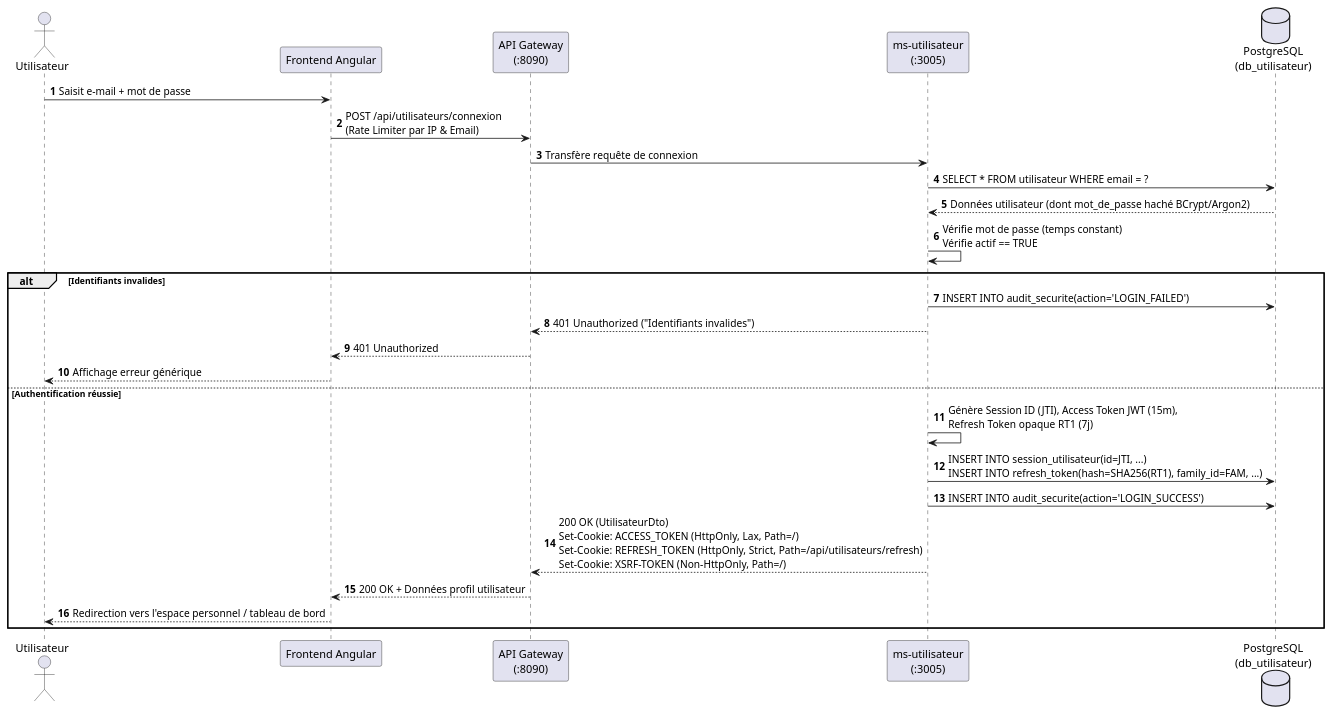
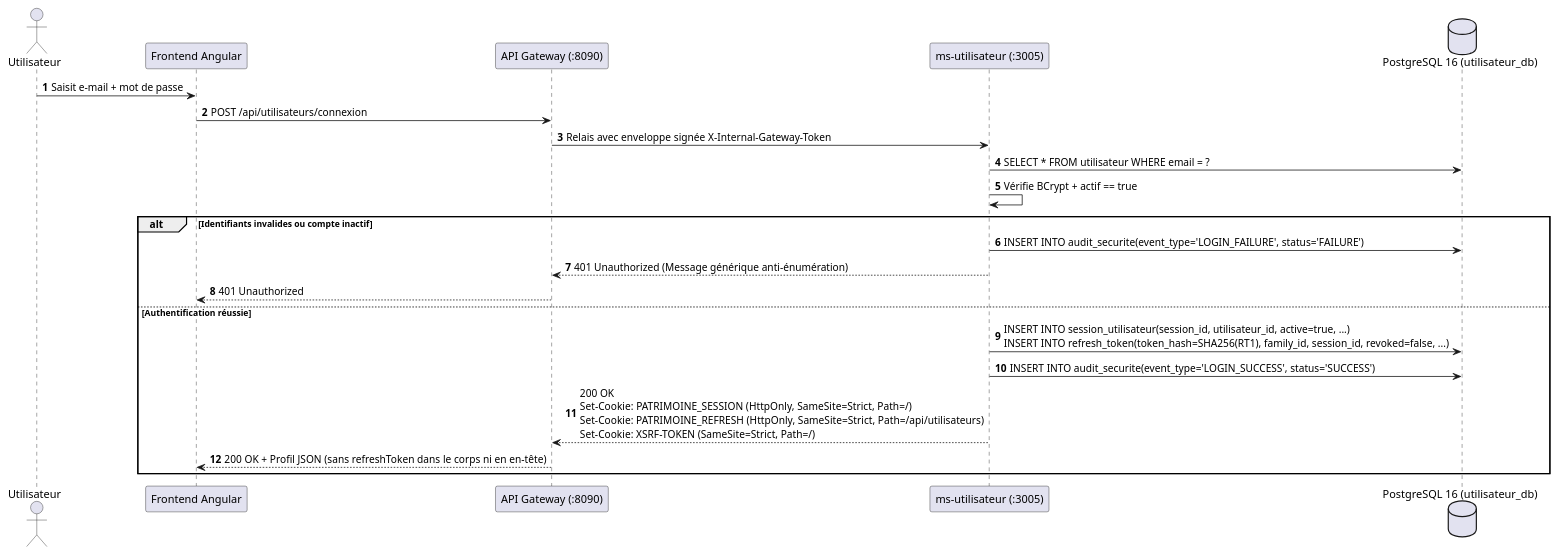
Before and after one commit to ona79/micro-service: the second of 3 diagrams in docs/security/P02_ARCHITECTURE_SECURITE.md, drawn with PlantUML. The commit also changed other lines of this file and 5 other files, not shown here.

Commit message:
docs(security): alignement documentaire P02-CORRECTION, formules HMAC, procédures secrets et métriques PostgreSQL 16

````diff
--- a/docs/security/P02_ARCHITECTURE_SECURITE.md
+++ b/docs/security/P02_ARCHITECTURE_SECURITE.md
@@ -97,30 +150,26 @@
 ```plantuml
 @startuml P02_Sequence_Connexion
 autonumber
 actor "Utilisateur" as User
 participant "Frontend Angular" as UI
-participant "API Gateway\n(:8090)" as GW
-participant "ms-utilisateur\n(:3005)" as IdP
-database "PostgreSQL\n(db_utilisateur)" as DB
+participant "API Gateway (:8090)" as GW
+participant "ms-utilisateur (:3005)" as IdP
+database "PostgreSQL 16 (utilisateur_db)" as DB
 
 User -> UI : Saisit e-mail + mot de passe
-UI -> GW : POST /api/utilisateurs/connexion\n(Rate Limiter par IP & Email)
-GW -> IdP : Transfère requête de connexion
+UI -> GW : POST /api/utilisateurs/connexion
+GW -> IdP : Relais avec enveloppe signée X-Internal-Gateway-Token
 IdP -> DB : SELECT * FROM utilisateur WHERE email = ?
-DB --> IdP : Données utilisateur (dont mot_de_passe haché BCrypt/Argon2)
-IdP -> IdP : Vérifie mot de passe (temps constant)\nVérifie actif == TRUE
-alt Identifiants invalides
-    IdP -> DB : INSERT INTO audit_securite(action='LOGIN_FAILED')
-    IdP --> GW : 401 Unauthorized ("Identifiants invalides")
+IdP -> IdP : Vérifie BCrypt + actif == true
+alt Identifiants invalides ou compte inactif
+    IdP -> DB : INSERT INTO audit_securite(event_type='LOGIN_FAILURE', status='FAILURE')
+    IdP --> GW : 401 Unauthorized (Message générique anti-énumération)
     GW --> UI : 401 Unauthorized
-    UI --> User : Affichage erreur générique
 else Authentification réussie
-    IdP -> IdP : Génère Session ID (JTI), Access Token JWT (15m),\nRefresh Token opaque RT1 (7j)
-    IdP -> DB : INSERT INTO session_utilisateur(id=JTI, ...)\nINSERT INTO refresh_token(hash=SHA256(RT1), family_id=FAM, ...)
-    IdP -> DB : INSERT INTO audit_securite(action='LOGIN_SUCCESS')
-    IdP --> GW : 200 OK (UtilisateurDto)\nSet-Cookie: ACCESS_TOKEN (HttpOnly, Lax, Path=/)\nSet-Cookie: REFRESH_TOKEN (HttpOnly, Strict, Path=/api/utilisateurs/refresh)\nSet-Cookie: XSRF-TOKEN (Non-HttpOnly, Path=/)
-    GW --> UI : 200 OK + Données profil utilisateur
-    UI --> User : Redirection vers l'espace personnel / tableau de bord
+    IdP -> DB : INSERT INTO session_utilisateur(session_id, utilisateur_id, active=true, ...)\nINSERT INTO refresh_token(token_hash=SHA256(RT1), family_id, session_id, revoked=false, ...)
+    IdP -> DB : INSERT INTO audit_securite(event_type='LOGIN_SUCCESS', status='SUCCESS')
+    IdP --> GW : 200 OK\nSet-Cookie: PATRIMOINE_SESSION (HttpOnly, SameSite=Strict, Path=/)\nSet-Cookie: PATRIMOINE_REFRESH (HttpOnly, SameSite=Strict, Path=/api/utilisateurs)\nSet-Cookie: XSRF-TOKEN (SameSite=Strict, Path=/)
+    GW --> UI : 200 OK + Profil JSON (sans refreshToken dans le corps ni en en-tête)
 end
 @enduml
 ```
````
